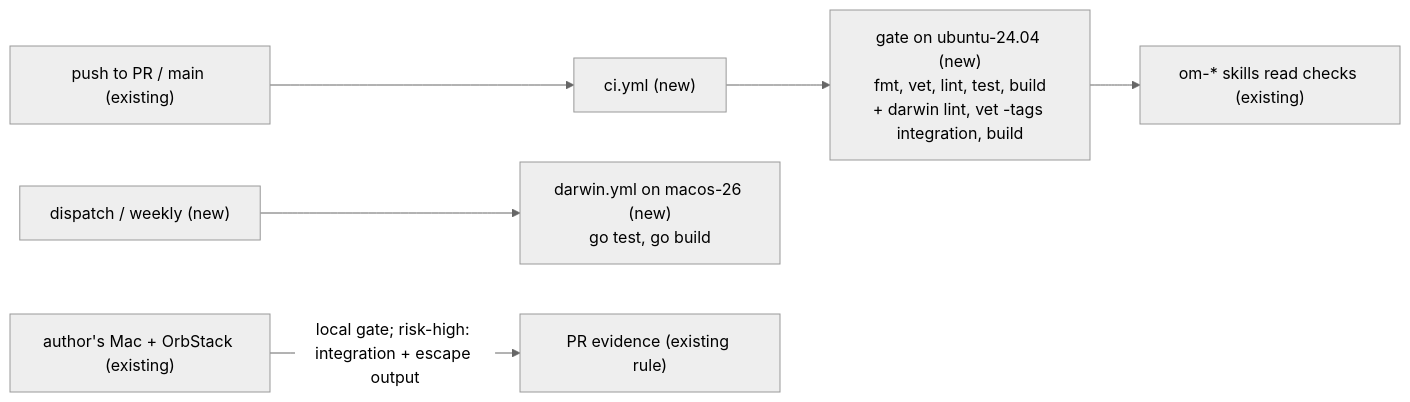
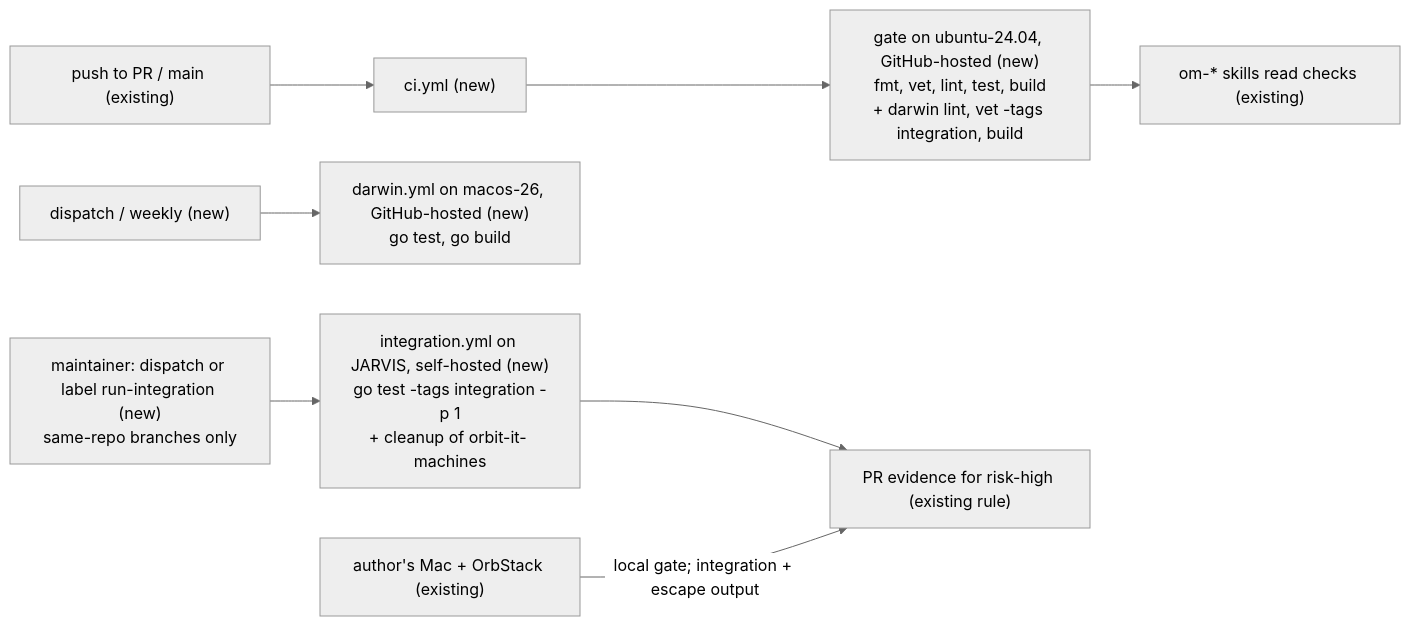
The diagram in .ai/specs/2026-11-11-ci-pipeline.md (cultofthecode/orbit), drawn with Mermaid (neutral theme) before and after one commit. The commit also changed other lines of this file, not shown here.

````diff
--- a/.ai/specs/2026-11-11-ci-pipeline.md
+++ b/.ai/specs/2026-11-11-ci-pipeline.md
@@ -155,8 +202,10 @@
 ```mermaid
 flowchart LR
   push["push to PR / main (existing)"] --> ci["ci.yml (new)"]
-  ci --> gate["gate on ubuntu-24.04 (new)\nfmt, vet, lint, test, build\n+ darwin lint, vet -tags integration, build"]
-  sched["dispatch / weekly (new)"] --> darwin["darwin.yml on macos-26 (new)\ngo test, go build"]
+  ci --> gate["gate on ubuntu-24.04, GitHub-hosted (new)\nfmt, vet, lint, test, build\n+ darwin lint, vet -tags integration, build"]
+  sched["dispatch / weekly (new)"] --> darwin["darwin.yml on macos-26, GitHub-hosted (new)\ngo test, go build"]
+  maint["maintainer: dispatch or label run-integration (new)\nsame-repo branches only"] --> integ["integration.yml on JARVIS, self-hosted (new)\ngo test -tags integration -p 1\n+ cleanup of orbit-it- machines"]
   gate --> skills["om-* skills read checks (existing)"]
-  mac["author's Mac + OrbStack (existing)"] -->|"local gate; risk-high: integration + escape output"| pr["PR evidence (existing rule)"]
+  integ --> pr["PR evidence for risk-high (existing rule)"]
+  mac["author's Mac + OrbStack (existing)"] -->|"local gate; integration + escape output"| pr
 ```
````
